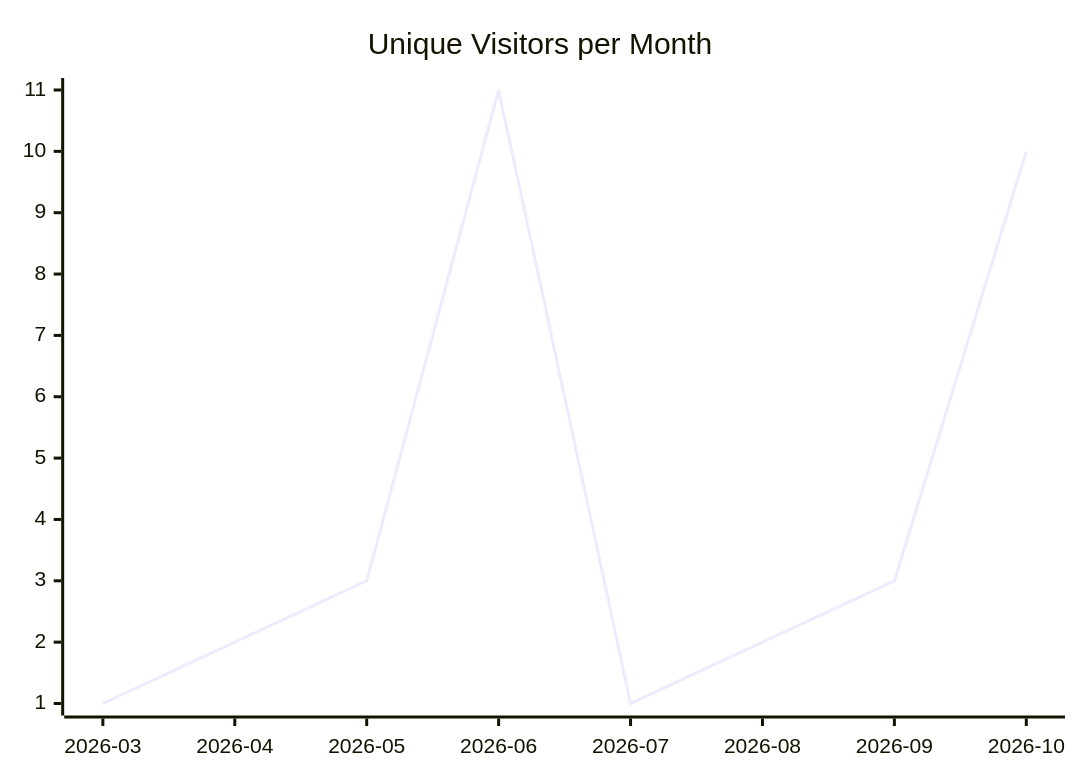
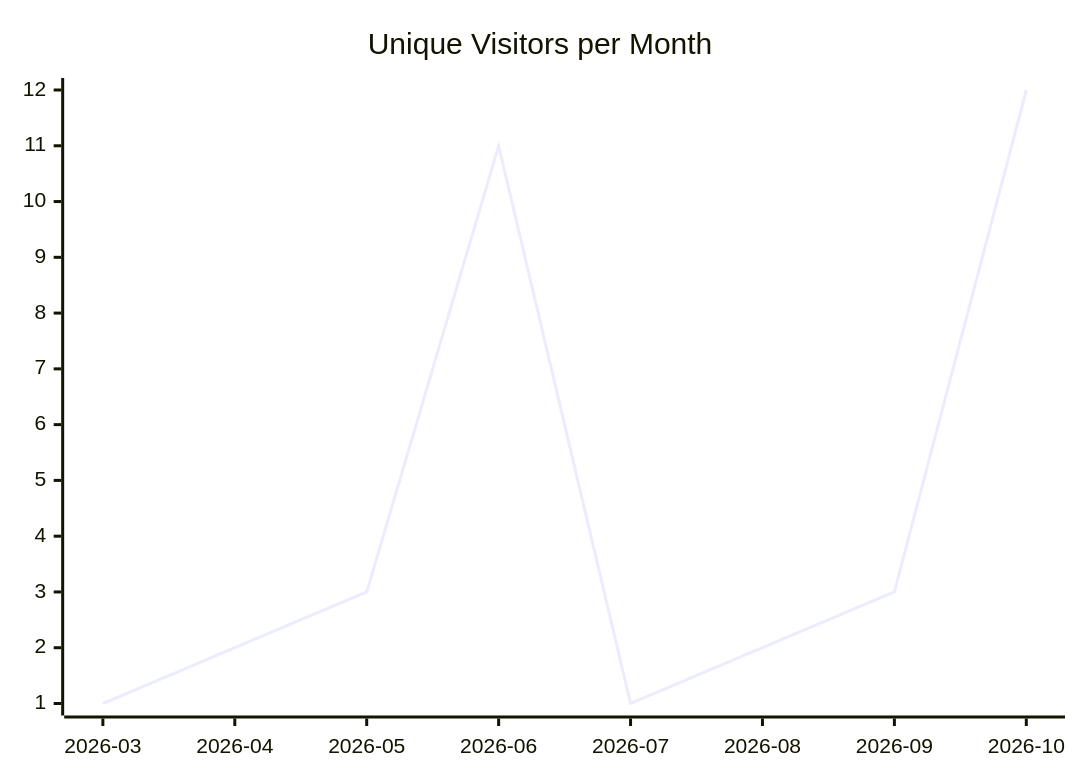
One commit to justdavis-family/github-analytics-data changed the first of 3 diagrams in karlmdavis/justdavis-ansible/README.md. Above: the diagram before and after it, drawn with Mermaid. The commit also changed other lines of this file and 201 other files, not shown here.

````diff
--- a/karlmdavis/justdavis-ansible/README.md
+++ b/karlmdavis/justdavis-ansible/README.md
@@ -5,6 +5,6 @@
 ```mermaid
 xychart-beta
   title "Unique Visitors per Month"
   x-axis ["2026-03", "2026-04", "2026-05", "2026-06", "2026-07", "2026-08", "2026-09", "2026-10"]
-  line [1, 2, 3, 11, 1, 2, 3, 10]
+  line [1, 2, 3, 11, 1, 2, 3, 12]
 ```
````
